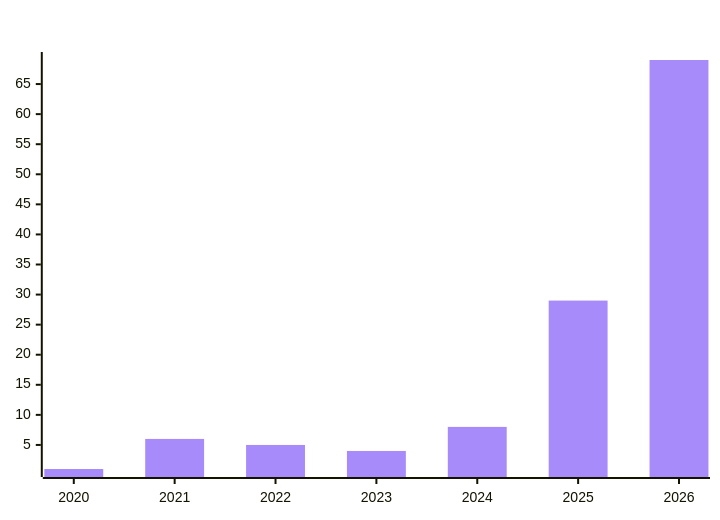
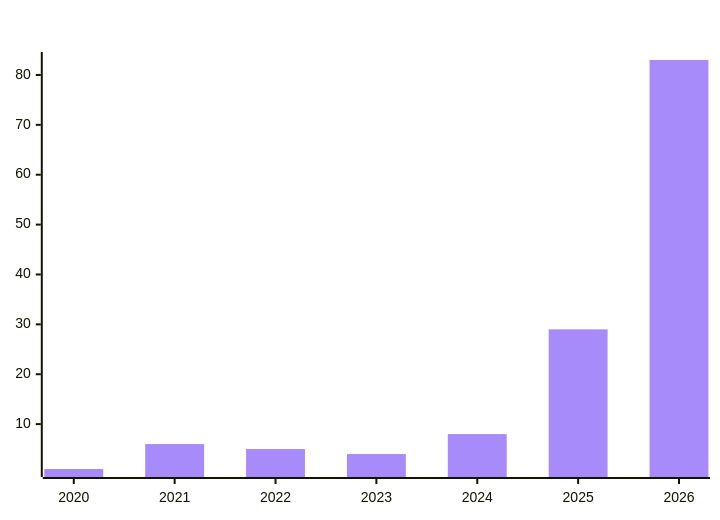
Before and after one commit to polo-nyan/polo-nyan: the sixth of 7 diagrams in README.md, drawn with Mermaid. The commit also changed other lines of this file and 1 other file, not shown here.

````diff
--- a/README.md
+++ b/README.md
@@ -387,7 +389,7 @@
 ```mermaid
 %%{init: {"xyChart": {"titleColor": "#ffffff", "xAxisLabelColor": "#ffffff", "yAxisLabelColor": "#ffffff"}, "themeVariables": {"xyChart": {"titleColor": "#ffffff", "plotColorPalette": "#a78bfa"}}}}%%
 xychart-beta
     title "Repos Created Per Year"
     x-axis ["2020", "2021", "2022", "2023", "2024", "2025", "2026"]
-    bar [1, 6, 5, 4, 8, 29, 69]
+    bar [1, 6, 5, 4, 8, 29, 83]
 ```
````
